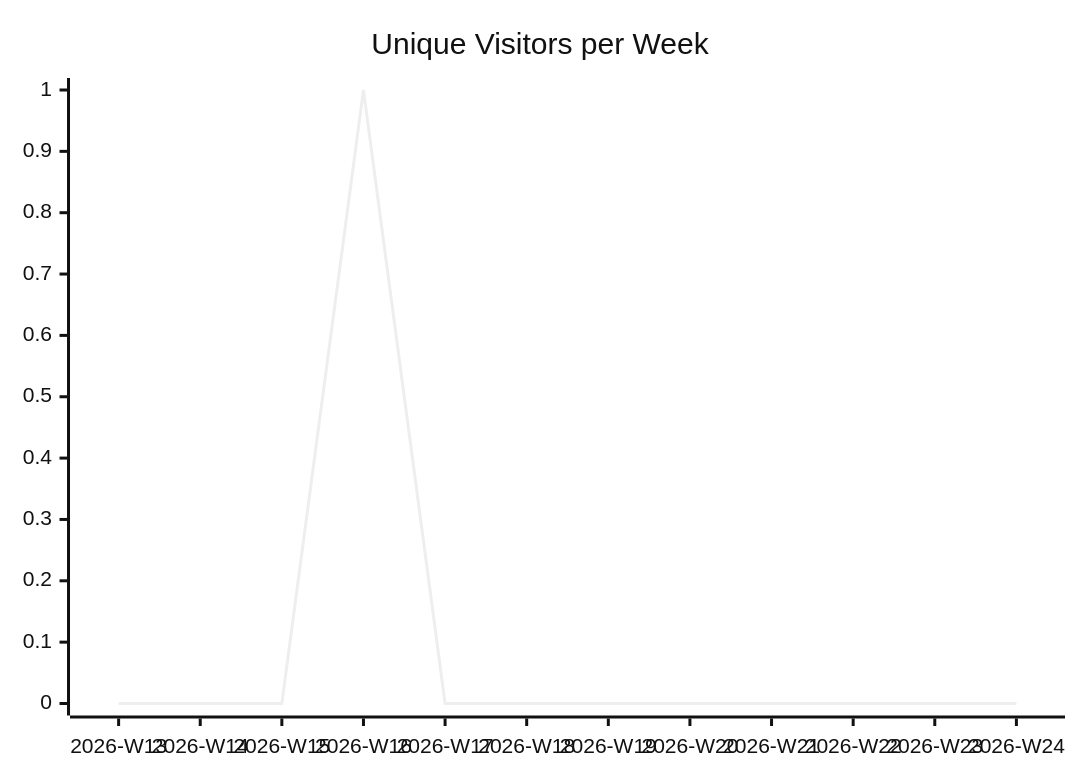
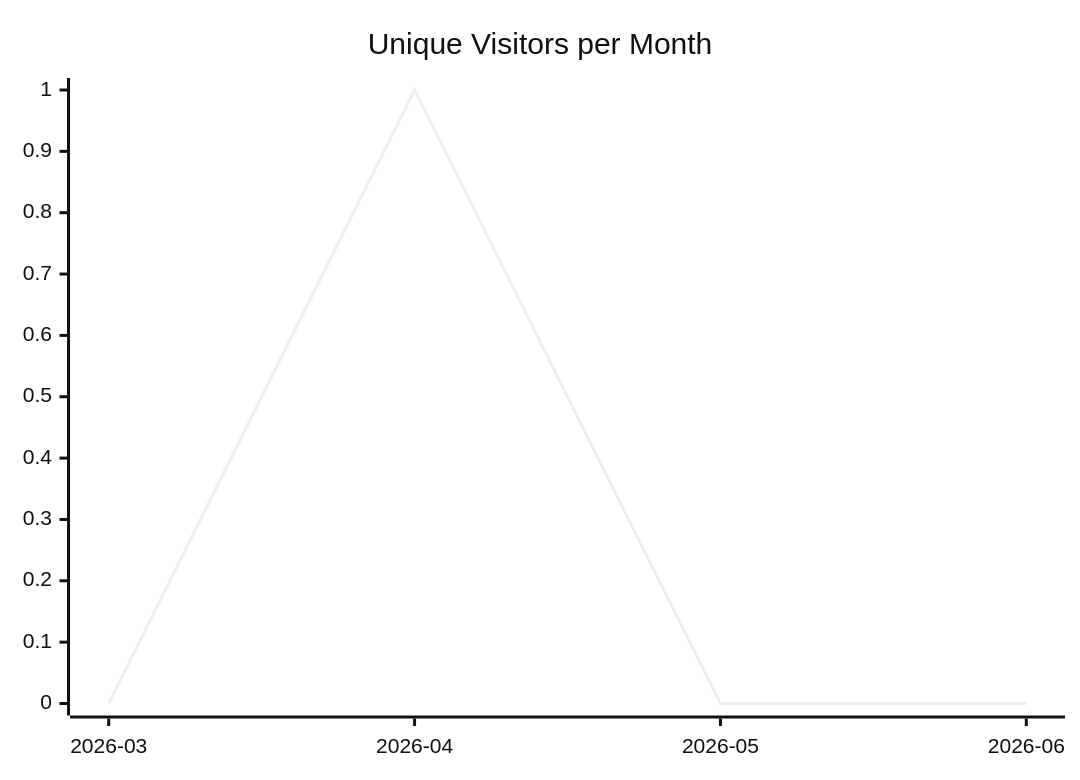
One commit to justdavis-family/github-analytics-data changed the first of 3 diagrams in justdavis-family/github-analytics-data/README.md. Above: the diagram before and after it, drawn with Mermaid (neutral theme). The commit also changed other lines of this file and 198 other files, not shown here.

````diff
--- a/justdavis-family/github-analytics-data/README.md
+++ b/justdavis-family/github-analytics-data/README.md
@@ -5,6 +5,6 @@
 ```mermaid
 xychart-beta
-  title "Unique Visitors per Week"
-  x-axis ["2026-W13", "2026-W14", "2026-W15", "2026-W16", "2026-W17", "2026-W18", "2026-W19", "2026-W20", "2026-W21", "2026-W22", "2026-W23", "2026-W24"]
-  line [0, 0, 0, 1, 0, 0, 0, 0, 0, 0, 0, 0]
+  title "Unique Visitors per Month"
+  x-axis ["2026-03", "2026-04", "2026-05", "2026-06"]
+  line [0, 1, 0, 0]
 ```
````
